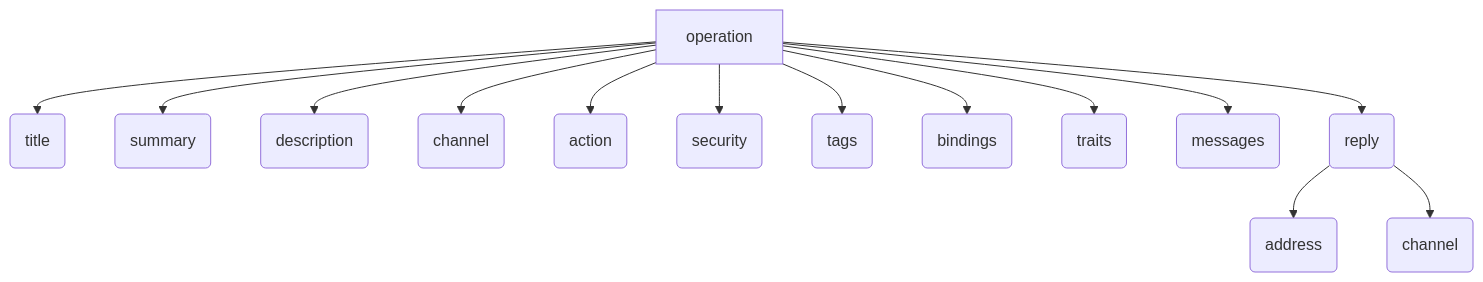
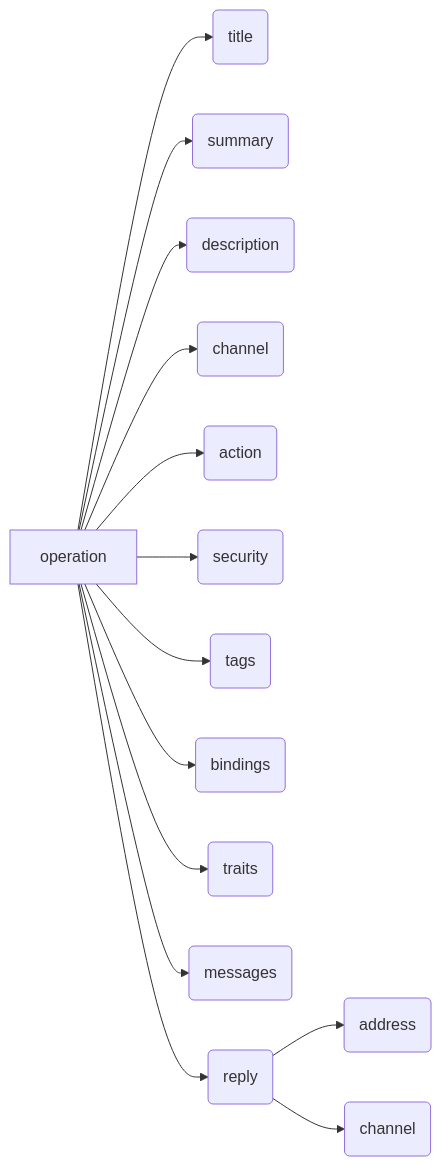
The fifth of 6 diagrams in pages/docs/concepts/asyncapi-document/structure.md (asyncapi/website), drawn with Mermaid before and after one commit. The commit also changed other lines of this file, not shown here.

````diff
--- a/pages/docs/concepts/asyncapi-document/structure.md
+++ b/pages/docs/concepts/asyncapi-document/structure.md
@@ -274,31 +278,31 @@
 ```mermaid
-graph 
+graph LR
   A[operation]
   B(title)
   C(summary)
   D(description)
   E(channel)
   F(action)
   G(security)
   H(tags)
   I(bindings)
   J(traits)
   K(messages)
   L(reply)
   M(address)
   N(channel)
   
   A --> B
   A --> C
   A --> D
   A --> E
   A --> F
   A --> G
   A --> H
   A --> I
   A --> J
   A --> K
   A --> L
   L --> M
   L --> N
 ```
````
